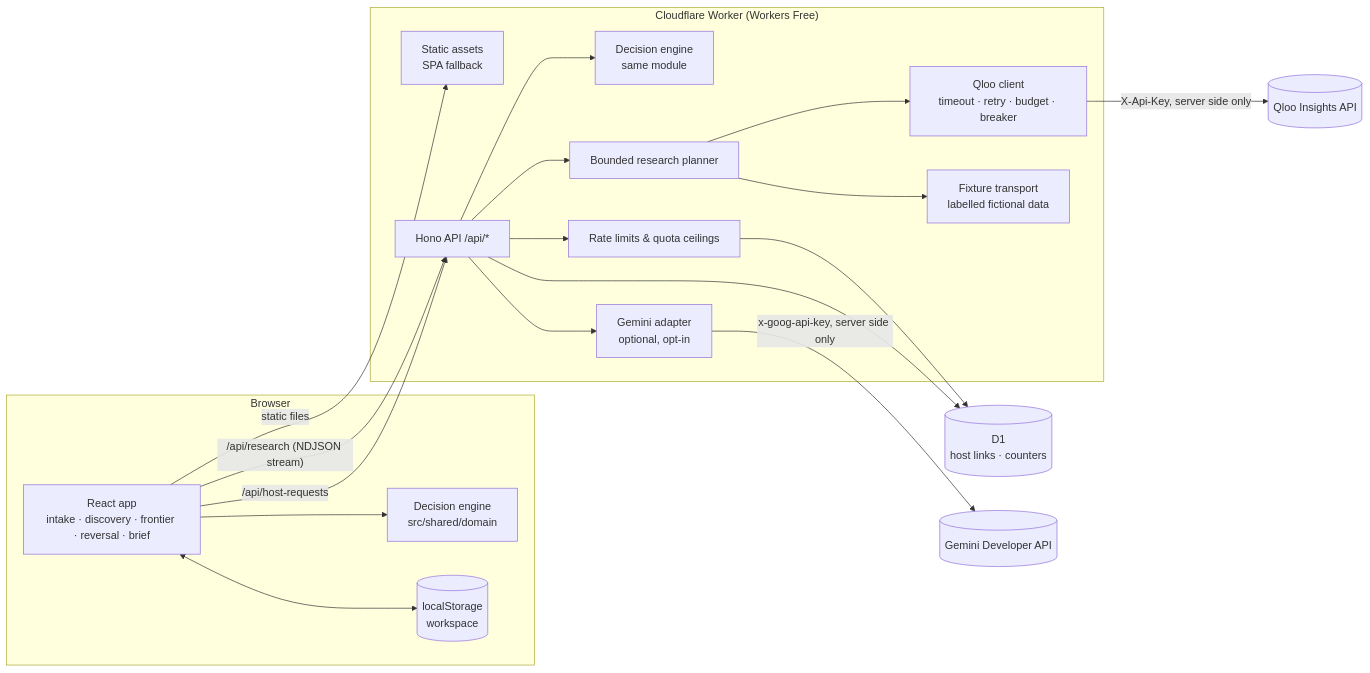
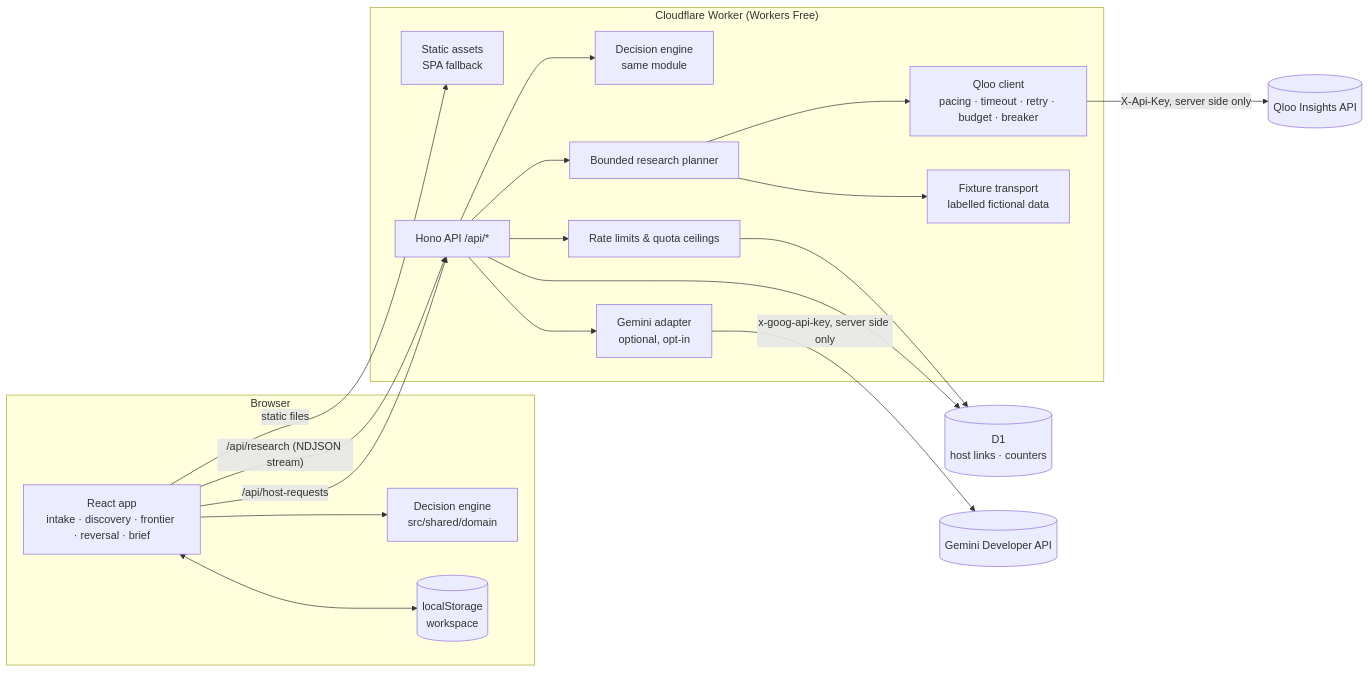
The diagram in docs/architecture.md (AbhinavVarma02/Room-for-Both), drawn with Mermaid before and after one commit. The commit also changed other lines of this file and 19 other files, not shown here.

````diff
--- a/docs/architecture.md
+++ b/docs/architecture.md
@@ -6,38 +6,38 @@
 ```mermaid
 flowchart LR
   subgraph Browser
     UI[React app<br/>intake · discovery · frontier · reversal · brief]
     ENG1[Decision engine<br/>src/shared/domain]
     LS[(localStorage<br/>workspace)]
     UI --> ENG1
     UI <--> LS
   end
 
   subgraph Worker["Cloudflare Worker (Workers Free)"]
     ASSETS[Static assets<br/>SPA fallback]
     API[Hono API /api/*]
     ENG2[Decision engine<br/>same module]
     PLAN[Bounded research planner]
-    QC[Qloo client<br/>timeout · retry · budget · breaker]
+    QC[Qloo client<br/>pacing · timeout · retry · budget · breaker]
     FX[Fixture transport<br/>labelled fictional data]
     GEM[Gemini adapter<br/>optional, opt-in]
     LIM[Rate limits &amp; quota ceilings]
     API --> ENG2
     API --> PLAN --> QC
     PLAN --> FX
     API --> GEM
     API --> LIM
   end
 
   D1[(D1<br/>host links · counters)]
   QLOO[(Qloo Insights API)]
   GOOG[(Gemini Developer API)]
 
   UI -- "/api/research (NDJSON stream)" --> API
   UI -- "/api/host-requests" --> API
   UI -- static files --> ASSETS
   QC -- "X-Api-Key, server side only" --> QLOO
   GEM -- "x-goog-api-key, server side only" --> GOOG
   LIM --> D1
   API --> D1
 ```
````
